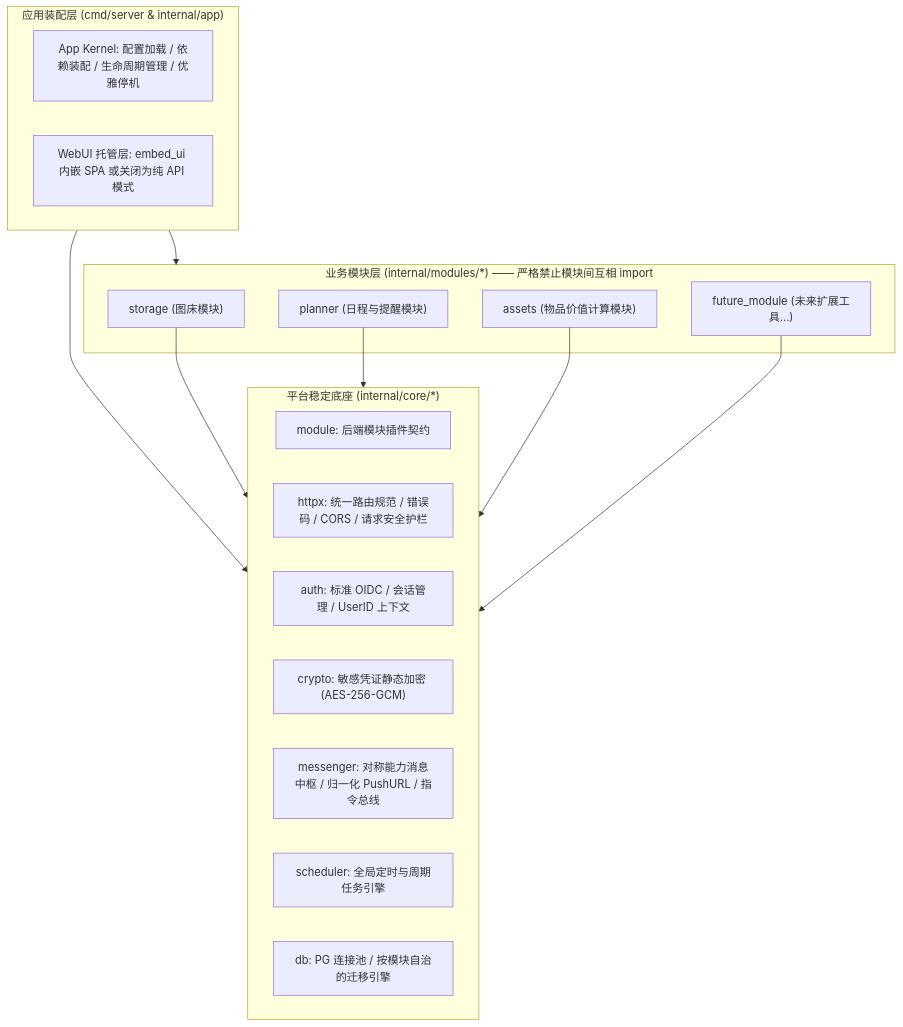
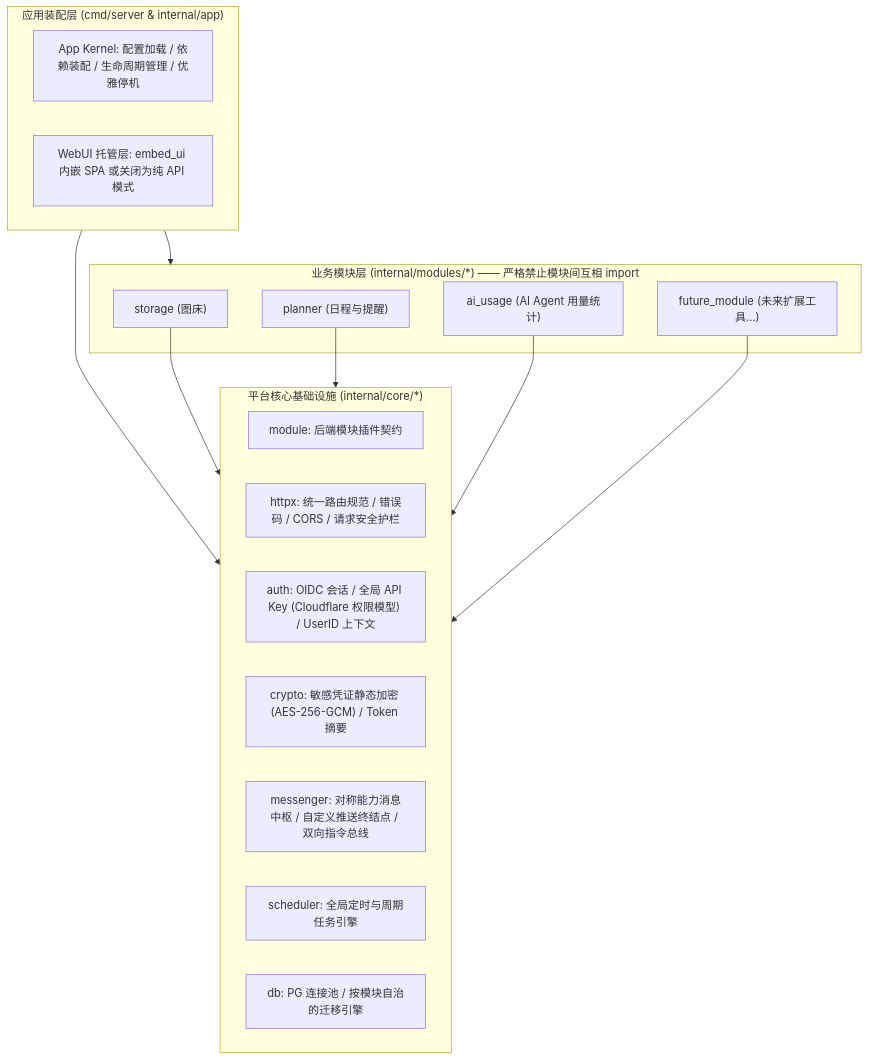
Before and after one commit to nhirsama/yukideck: the first of 3 diagrams in docs/architecture.md, drawn with Mermaid. The commit also changed other lines of this file and 42 other files, not shown here.

Commit message:
feat: 实现全局细粒度 API Key 与推送自定义终结点路径分流并整理模块文档

````diff
--- a/docs/architecture.md
+++ b/docs/architecture.md
@@ -42,31 +41,31 @@
 ```mermaid
 flowchart TD
     subgraph Entry["应用装配层 (cmd/server & internal/app)"]
         Kernel["App Kernel: 配置加载 / 依赖装配 / 生命周期管理 / 优雅停机"]
         WebUI["WebUI 托管层: embed_ui 内嵌 SPA 或关闭为纯 API 模式"]
     end
 
     subgraph Modules["业务模块层 (internal/modules/*) —— 严格禁止模块间互相 import"]
-        M1["storage (图床模块)"]
-        M2["planner (日程与提醒模块)"]
-        M3["assets (物品价值计算模块)"]
+        M1["storage (图床)"]
+        M2["planner (日程与提醒)"]
+        M3["ai_usage (AI Agent 用量统计)"]
         MN["future_module (未来扩展工具...)"]
     end
 
-    subgraph Core["平台稳定底座 (internal/core/*)"]
+    subgraph Core["平台核心基础设施 (internal/core/*)"]
         ModContract["module: 后端模块插件契约"]
         HTTPX["httpx: 统一路由规范 / 错误码 / CORS / 请求安全护栏"]
-        Auth["auth: 标准 OIDC / 会话管理 / UserID 上下文"]
-        Crypto["crypto: 敏感凭证静态加密 (AES-256-GCM)"]
-        Messenger["messenger: 对称能力消息中枢 / 归一化 PushURL / 指令总线"]
+        Auth["auth: OIDC 会话 / 全局 API Key (Cloudflare 权限模型) / UserID 上下文"]
+        Crypto["crypto: 敏感凭证静态加密 (AES-256-GCM) / Token 摘要"]
+        Messenger["messenger: 对称能力消息中枢 / 自定义推送终结点 / 双向指令总线"]
         Scheduler["scheduler: 全局定时与周期任务引擎"]
         DB["db: PG 连接池 / 按模块自治的迁移引擎"]
     end
 
     Entry --> Modules
     Entry --> Core
     M1 --> Core
     M2 --> Core
     M3 --> Core
     MN --> Core
 ```
````
